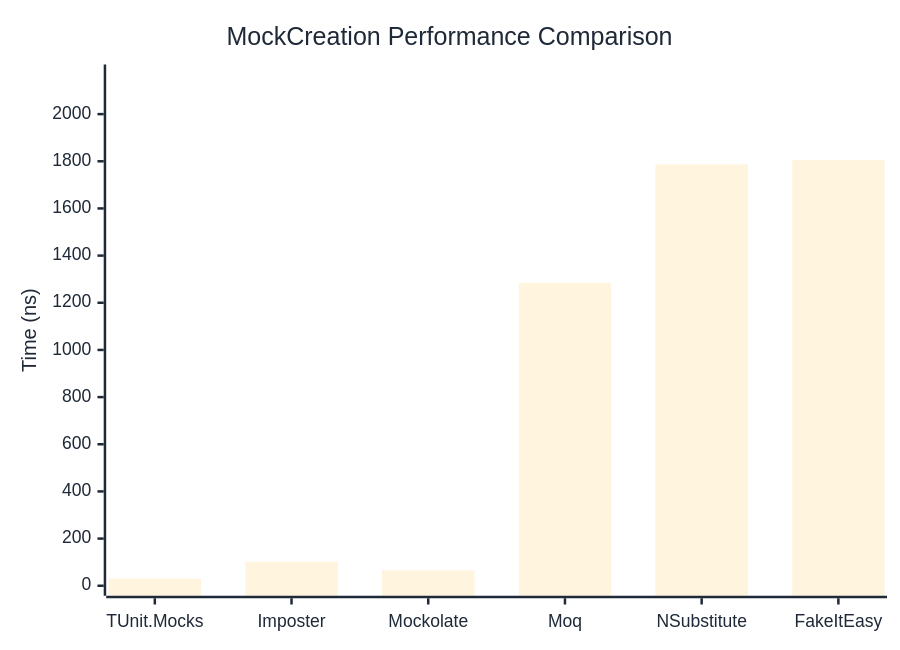
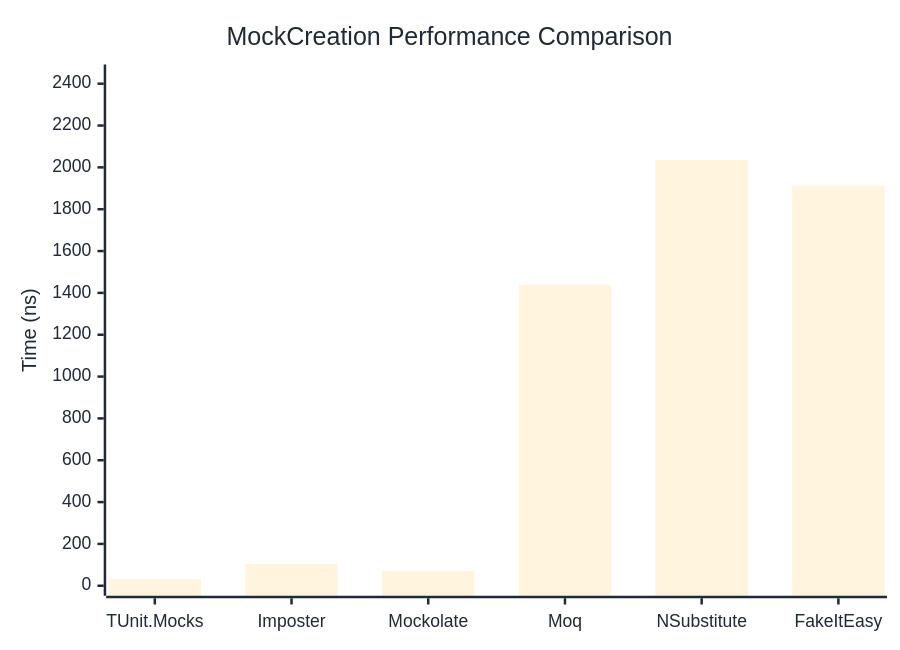
The first of 2 diagrams in docs/docs/benchmarks/mocks/MockCreation.md (thomhurst/TUnit), drawn with Mermaid before and after one commit. The commit also changed other lines of this file and 14 other files, not shown here.

````diff
--- a/docs/docs/benchmarks/mocks/MockCreation.md
+++ b/docs/docs/benchmarks/mocks/MockCreation.md
@@ -30,27 +30,27 @@
 ```mermaid
 %%{init: {
   'theme':'base',
   'themeVariables': {
     'primaryColor': '#2563eb',
     'primaryTextColor': '#1f2937',
     'primaryBorderColor': '#1e40af',
     'lineColor': '#6b7280',
     'secondaryColor': '#7c3aed',
     'tertiaryColor': '#dc2626',
     'background': '#ffffff',
     'pie1': '#2563eb',
     'pie2': '#7c3aed',
     'pie3': '#dc2626',
     'pie4': '#f59e0b',
     'pie5': '#10b981',
     'pie6': '#06b6d4',
     'pie7': '#ec4899',
     'pie8': '#6366f1'
   }
 }}%%
 xychart-beta
   title "MockCreation Performance Comparison"
   x-axis ["TUnit.Mocks", "Imposter", "Mockolate", "Moq", "NSubstitute", "FakeItEasy"]
-  y-axis "Time (ns)" 0 --> 2168
-  bar [29.99, 101.96, 65.65, 1284.86, 1786.77, 1806.21]
+  y-axis "Time (ns)" 0 --> 2444
+  bar [32.33, 104.34, 71.11, 1437.93, 2035.93, 1912.75]
 ```
````
